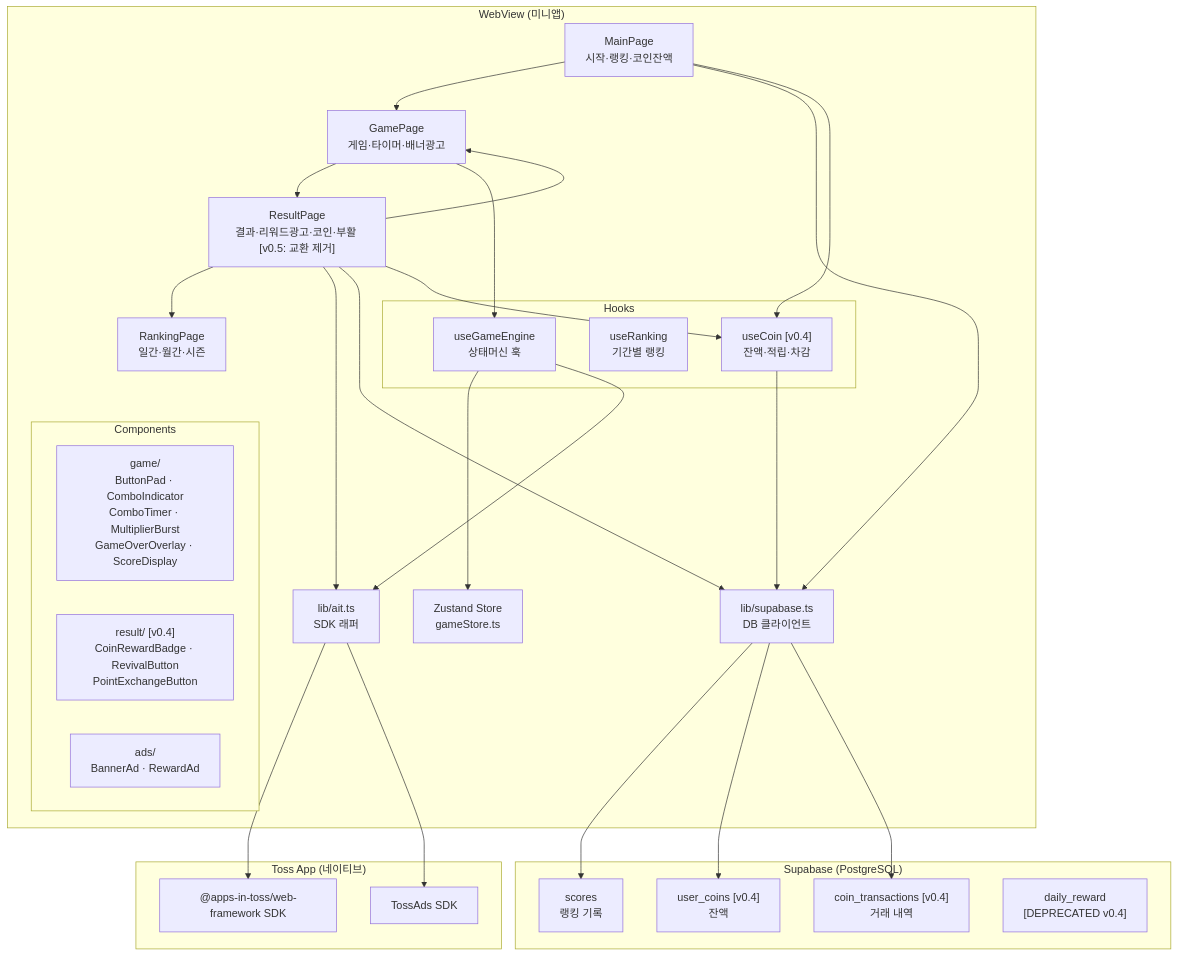
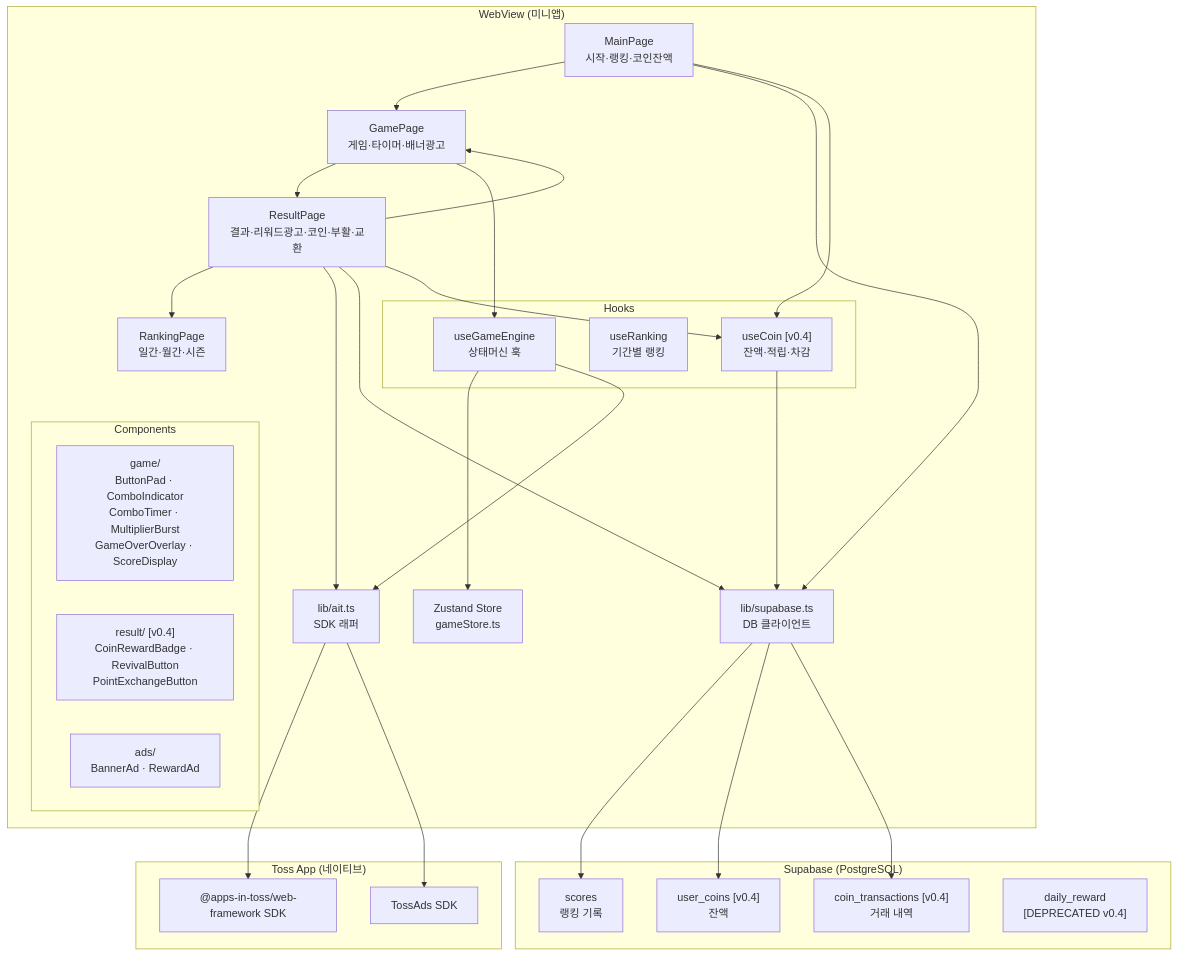
The first of 6 diagrams in docs/architecture.md (alruminum/memory-battle), drawn with Mermaid before and after one commit. The commit also changed other lines of this file and 20 other files, not shown here.

````diff
--- a/docs/architecture.md
+++ b/docs/architecture.md
@@ -16,56 +15,56 @@
 ```mermaid
 graph TD
   subgraph 토스앱["Toss App (네이티브)"]
     SDK["@apps-in-toss/web-framework SDK"]
     AdsSDK["TossAds SDK"]
   end
 
   subgraph WebView["WebView (미니앱)"]
     Main["MainPage\n시작·랭킹·코인잔액"]
     Game["GamePage\n게임·타이머·배너광고"]
-    Result["ResultPage\n결과·리워드광고·코인·부활 [v0.5: 교환 제거]"]
+    Result["ResultPage\n결과·리워드광고·코인·부활·교환"]
     Ranking["RankingPage\n일간·월간·시즌"]
 
     subgraph Hooks["Hooks"]
       Engine["useGameEngine\n상태머신 훅"]
       RankHook["useRanking\n기간별 랭킹"]
       CoinHook["useCoin [v0.4]\n잔액·적립·차감"]
     end
 
     subgraph Components["Components"]
       GameComps["game/\nButtonPad · ComboIndicator\nComboTimer · MultiplierBurst\nGameOverOverlay · ScoreDisplay"]
       ResultComps["result/ [v0.4]\nCoinRewardBadge · RevivalButton\nPointExchangeButton"]
       AdsComps["ads/\nBannerAd · RewardAd"]
     end
 
     Store["Zustand Store\ngameStore.ts"]
     AIT["lib/ait.ts\nSDK 래퍼"]
     SB["lib/supabase.ts\nDB 클라이언트"]
   end
 
   subgraph Supabase["Supabase (PostgreSQL)"]
     ScoresTable["scores\n랭킹 기록"]
     UserCoinsTable["user_coins [v0.4]\n잔액"]
     CoinTxTable["coin_transactions [v0.4]\n거래 내역"]
     DailyRewardTable["daily_reward\n[DEPRECATED v0.4]"]
   end
 
   Main --> Game --> Result
   Result --> Ranking
   Result --> Game
 
   Game --> Engine --> Store
   Engine --> AIT
   Result --> AIT
   Result --> SB
   Main --> SB
   Result --> CoinHook
   Main --> CoinHook
 
   CoinHook --> SB
   AIT --> SDK
   AIT --> AdsSDK
   SB --> ScoresTable
   SB --> UserCoinsTable
   SB --> CoinTxTable
 ```
````
